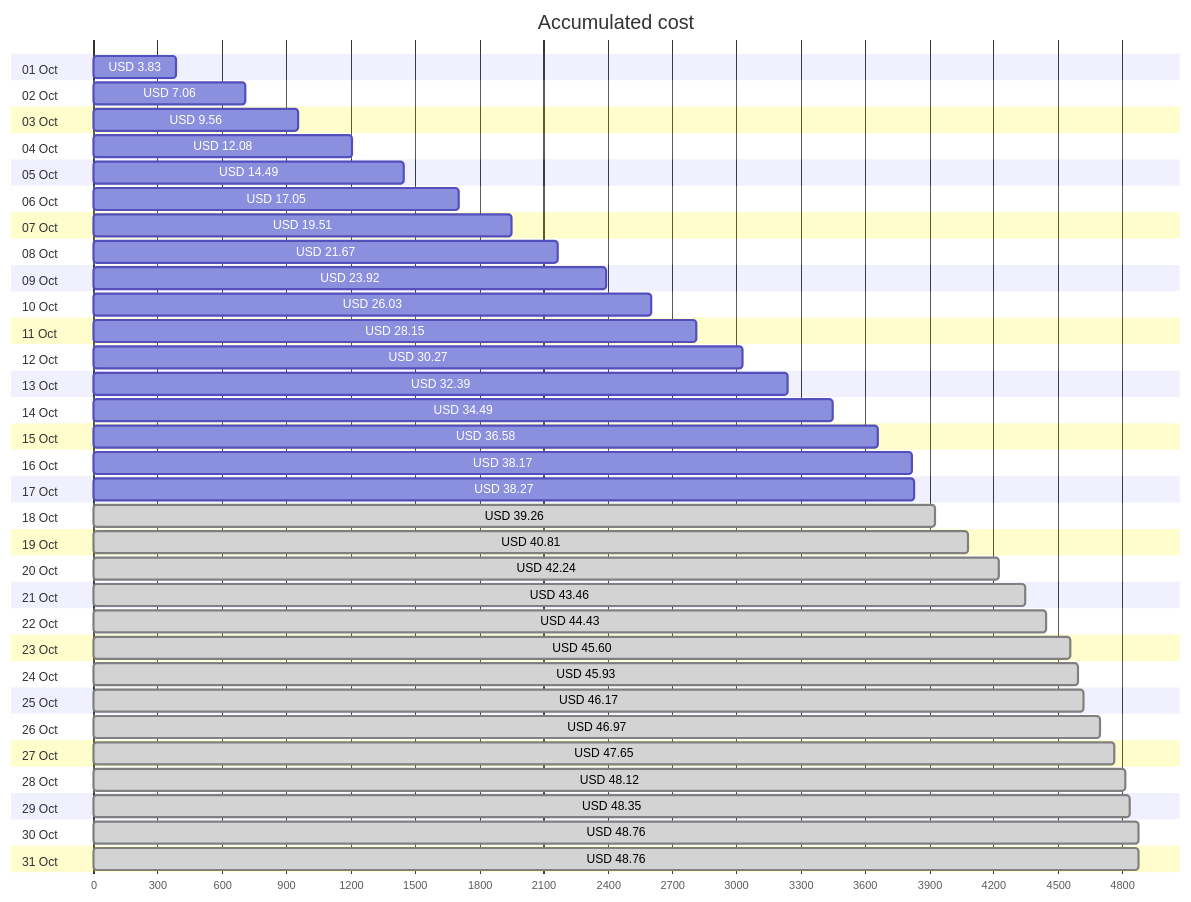
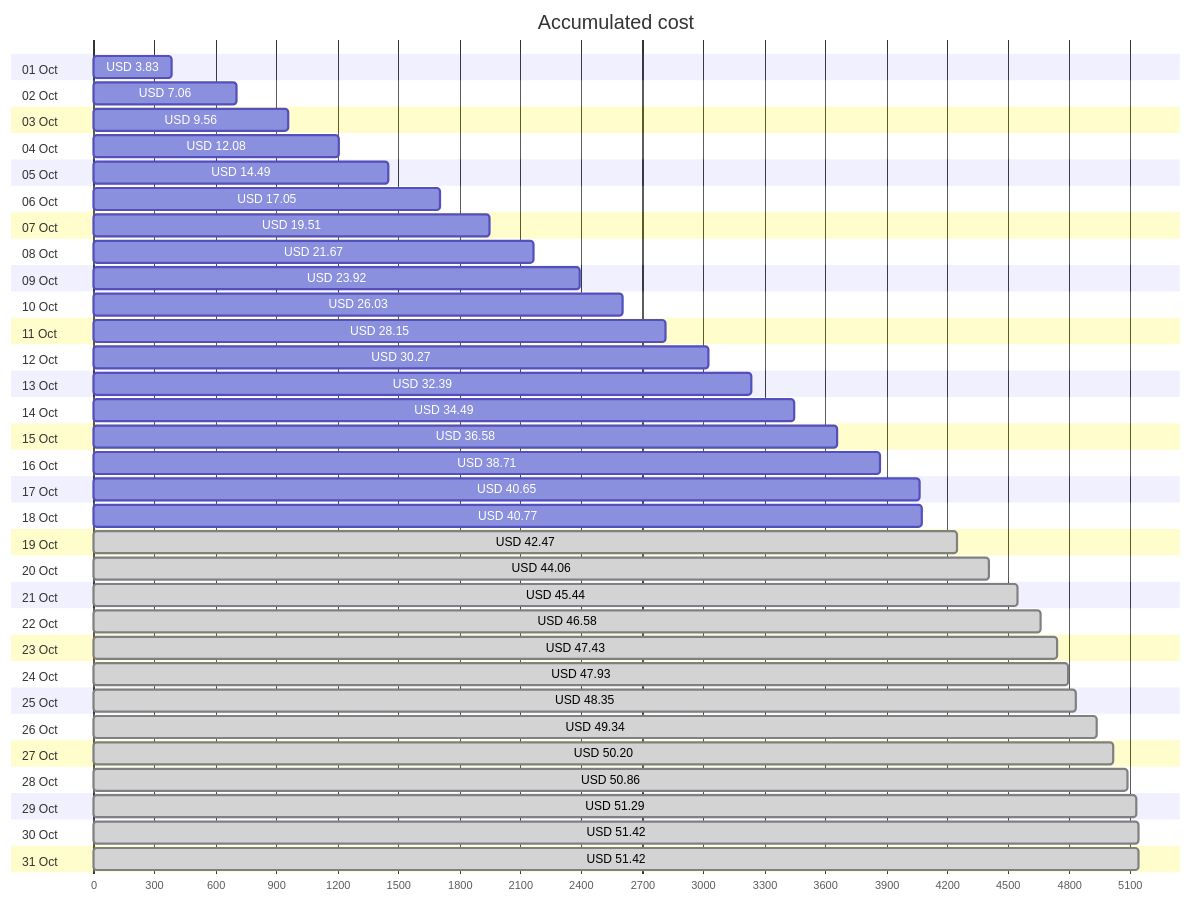
The first of 4 diagrams in cost-reports/accumulated-cost.md (jpfulton/azure-personal-reports), drawn with Mermaid before and after one commit. The commit also changed other lines of this file and 4 other files, not shown here.

````diff
--- a/cost-reports/accumulated-cost.md
+++ b/cost-reports/accumulated-cost.md
@@ -20,68 +20,68 @@
 ```mermaid
 gantt
    title Accumulated cost
    dateFormat  X
    axisFormat %s
    section 01 Oct
    USD 3.83 :0, 383
    section 02 Oct
    USD 7.06 :0, 706
    section 03 Oct
    USD 9.56 :0, 956
    section 04 Oct
    USD 12.08 :0, 1208
    section 05 Oct
    USD 14.49 :0, 1449
    section 06 Oct
    USD 17.05 :0, 1705
    section 07 Oct
    USD 19.51 :0, 1951
    section 08 Oct
    USD 21.67 :0, 2167
    section 09 Oct
    USD 23.92 :0, 2392
    section 10 Oct
    USD 26.03 :0, 2603
    section 11 Oct
    USD 28.15 :0, 2815
    section 12 Oct
    USD 30.27 :0, 3027
    section 13 Oct
    USD 32.39 :0, 3239
    section 14 Oct
    USD 34.49 :0, 3449
    section 15 Oct
    USD 36.58 :0, 3658
    section 16 Oct
-   USD 38.17 :0, 3817
+   USD 38.71 :0, 3871
    section 17 Oct
-   USD 38.27 :0, 3827
+   USD 40.65 :0, 4065
    section 18 Oct
-   USD 39.26 : done, 0, 3926
+   USD 40.77 :0, 4077
    section 19 Oct
-   USD 40.81 : done, 0, 4081
+   USD 42.47 : done, 0, 4247
    section 20 Oct
-   USD 42.24 : done, 0, 4224
+   USD 44.06 : done, 0, 4406
    section 21 Oct
-   USD 43.46 : done, 0, 4346
+   USD 45.44 : done, 0, 4544
    section 22 Oct
-   USD 44.43 : done, 0, 4443
+   USD 46.58 : done, 0, 4658
    section 23 Oct
-   USD 45.60 : done, 0, 4560
+   USD 47.43 : done, 0, 4743
    section 24 Oct
-   USD 45.93 : done, 0, 4593
+   USD 47.93 : done, 0, 4793
    section 25 Oct
-   USD 46.17 : done, 0, 4617
+   USD 48.35 : done, 0, 4835
    section 26 Oct
-   USD 46.97 : done, 0, 4697
+   USD 49.34 : done, 0, 4934
    section 27 Oct
-   USD 47.65 : done, 0, 4765
+   USD 50.20 : done, 0, 5020
    section 28 Oct
-   USD 48.12 : done, 0, 4812
+   USD 50.86 : done, 0, 5086
    section 29 Oct
-   USD 48.35 : done, 0, 4835
+   USD 51.29 : done, 0, 5129
    section 30 Oct
-   USD 48.76 : done, 0, 4876
+   USD 51.42 : done, 0, 5142
    section 31 Oct
-   USD 48.76 : done, 0, 4876
+   USD 51.42 : done, 0, 5142
 ```
````
